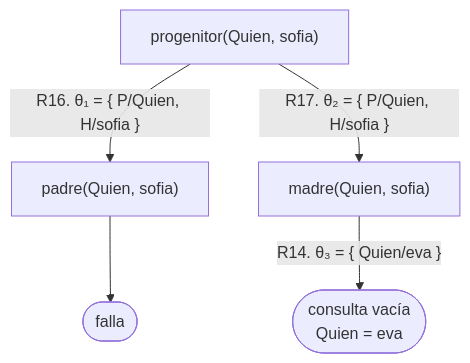
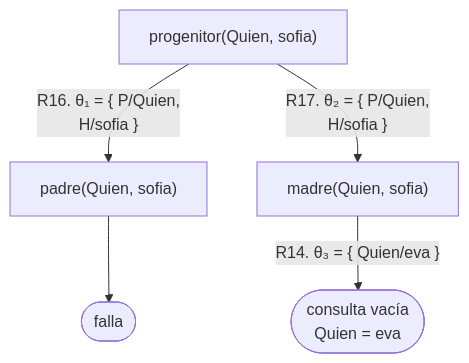
Before and after one commit to CesarBallardini/curso-de-prolog: the fifth of 7 diagrams in docs/capitulo-03-reglas-y-conjunciones/index.md, drawn with Mermaid. The commit also changed other lines of this file and 24 other files, not shown here.

First line of the commit message:
feat(docs): botones para ocultar las columnas laterales y etiquetas cortas en los diagramas

````diff
--- a/docs/capitulo-03-reglas-y-conjunciones/index.md
+++ b/docs/capitulo-03-reglas-y-conjunciones/index.md
@@ -356,7 +356,7 @@
 ```mermaid
 flowchart TD
-    A["progenitor(Quien, sofia)"] -- "R16. θ₁ = {&nbsp;P/Quien, H/sofia&nbsp;}" --> B["padre(Quien, sofia)"]
-    A -- "R17. θ₂ = {&nbsp;P/Quien, H/sofia&nbsp;}" --> C["madre(Quien, sofia)"]
+    A["progenitor(Quien, sofia)"] -- "R16. θ₁ = {&nbsp;P/Quien,<br/>H/sofia&nbsp;}" --> B["padre(Quien, sofia)"]
+    A -- "R17. θ₂ = {&nbsp;P/Quien,<br/>H/sofia&nbsp;}" --> C["madre(Quien, sofia)"]
     B --> F(["falla"])
     C -- "R14. θ₃ = {&nbsp;Quien/eva&nbsp;}" --> S(["consulta vacía<br/>Quien = eva"])
 ```
````
